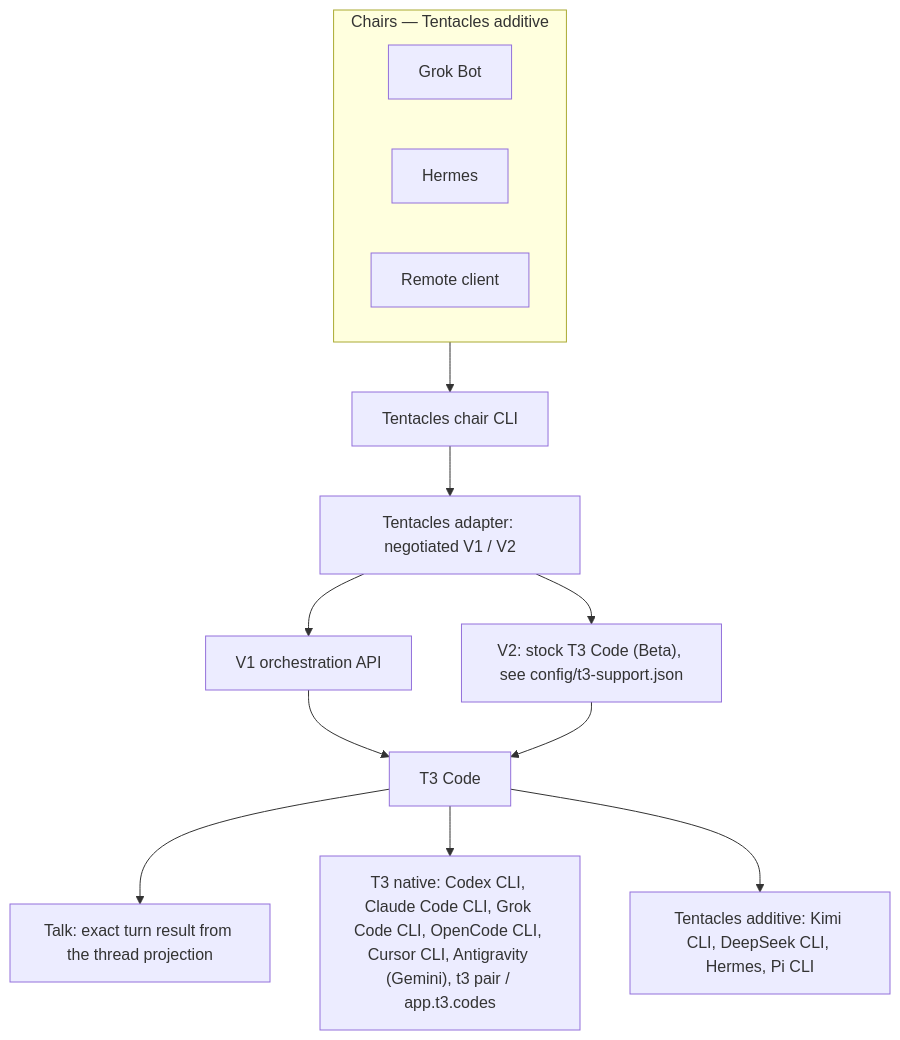
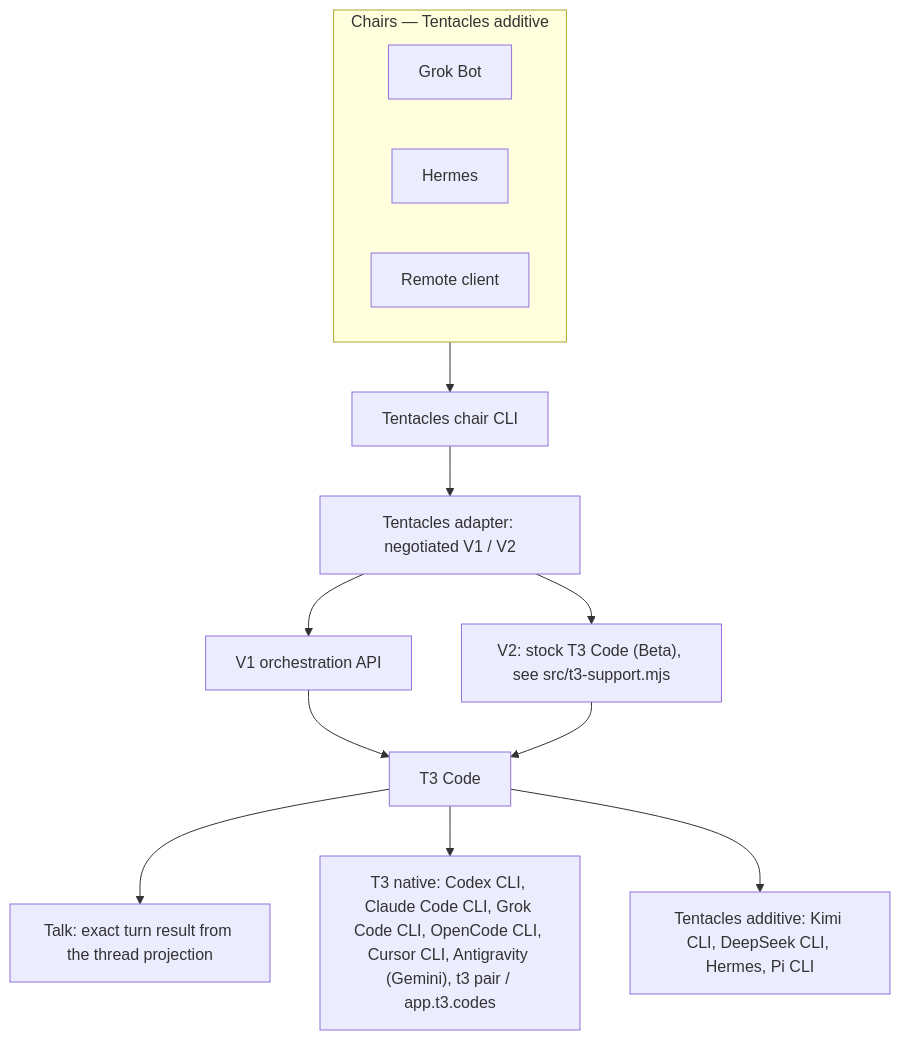
One commit to m-check1B/t3-code-tentacles changed the diagram in README.md. Above: the diagram before and after it, drawn with Mermaid. The commit also changed other lines of this file and 11 other files, not shown here.

First line of the commit message:
fix(t3): range in src, fail-soft support check, cold-start smoke wait (KRA-10804, B3 #90)

````diff
--- a/README.md
+++ b/README.md
@@ -141,18 +141,18 @@
 ```mermaid
 flowchart TB
     subgraph Chairs["Chairs — Tentacles additive"]
         direction LR
         GrokBot["Grok Bot"]
         HermesChair["Hermes"]
         Remote["Remote client"]
     end
     Chairs --> ChairCLI["Tentacles chair CLI"]
     ChairCLI --> Adapter["Tentacles adapter: negotiated V1 / V2"]
     Adapter --> V1["V1 orchestration API"]
-    Adapter --> V2["V2: stock T3 Code (Beta), see config/t3-support.json"]
+    Adapter --> V2["V2: stock T3 Code (Beta), see src/t3-support.mjs"]
     V1 --> T3["T3 Code"]
     V2 --> T3
     T3 --> Result["Talk: exact turn result from the thread projection"]
     T3 --> Native["T3 native: Codex CLI, Claude Code CLI, Grok Code CLI, OpenCode CLI, Cursor CLI, Antigravity (Gemini), t3 pair / app.t3.codes"]
     T3 --> Additive["Tentacles additive: Kimi CLI, DeepSeek CLI, Hermes, Pi CLI"]
 ```
````
